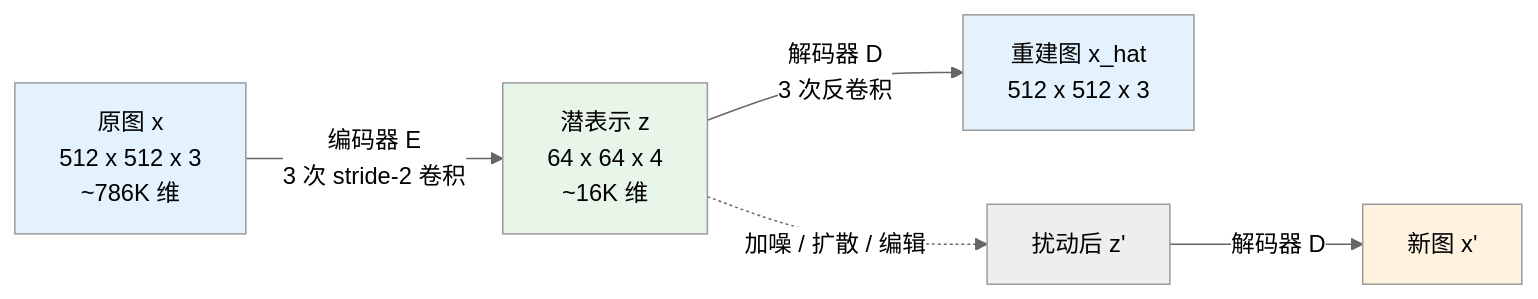
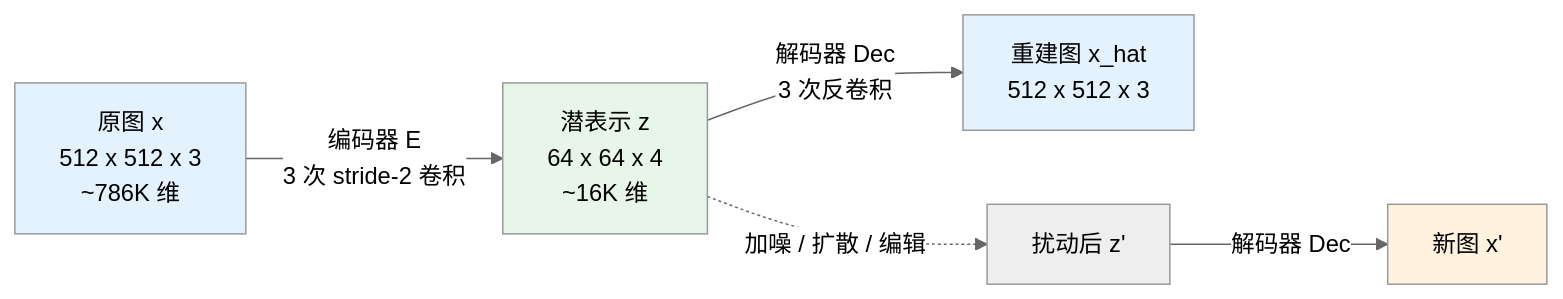
The second of 2 diagrams in chapters/02-representation.md (yingwang/image-enhancement-guide), drawn with Mermaid (neutral theme) before and after one commit. The commit also changed other lines of this file and 18 other files, not shown here.

````diff
--- a/chapters/02-representation.md
+++ b/chapters/02-representation.md
@@ -255,12 +255,12 @@
 ```mermaid
 graph LR
     X[原图 x<br/>512 x 512 x 3<br/>~786K 维] -->|编码器 E<br/>3 次 stride-2 卷积| Z[潜表示 z<br/>64 x 64 x 4<br/>~16K 维]
-    Z -->|解码器 D<br/>3 次反卷积| Xhat[重建图 x_hat<br/>512 x 512 x 3]
+    Z -->|解码器 Dec<br/>3 次反卷积| Xhat[重建图 x_hat<br/>512 x 512 x 3]
     Z -.->|加噪 / 扩散 / 编辑| ZPrime[扰动后 z']
-    ZPrime -->|解码器 D| Xprime[新图 x']
+    ZPrime -->|解码器 Dec| Xprime[新图 x']
 
     style X fill:#e3f2fd
     style Z fill:#e8f5e9
     style Xhat fill:#e3f2fd
     style Xprime fill:#fff3e0
 ```
````
